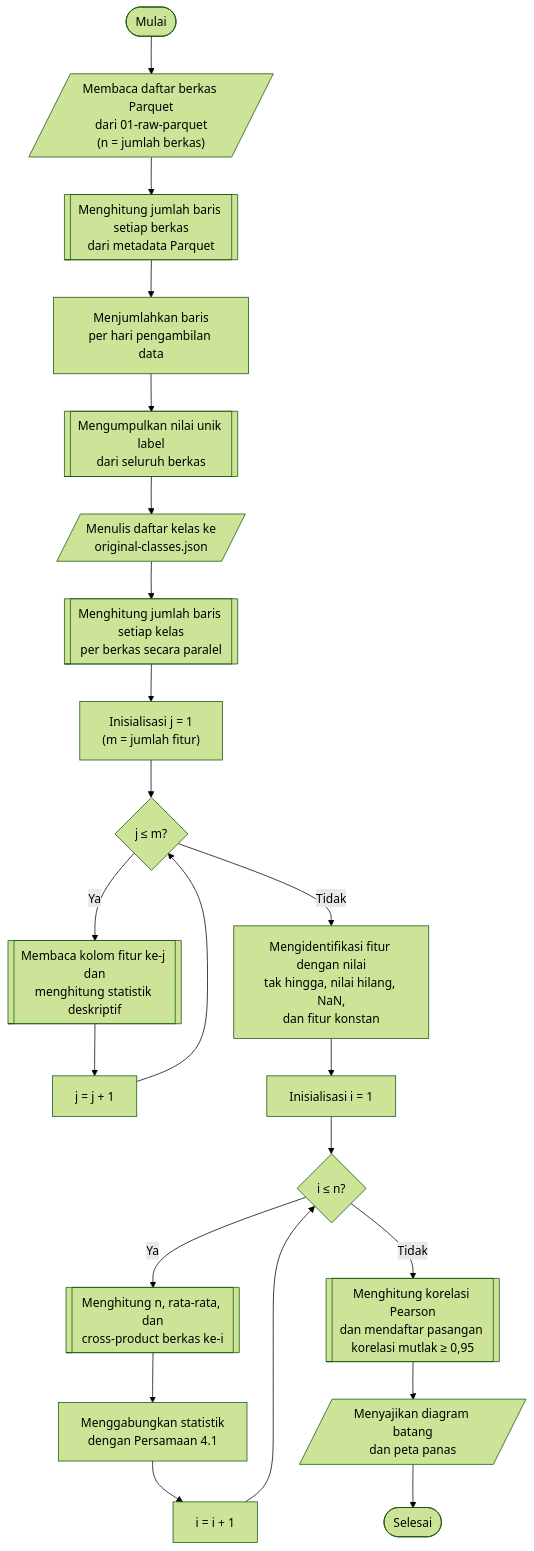
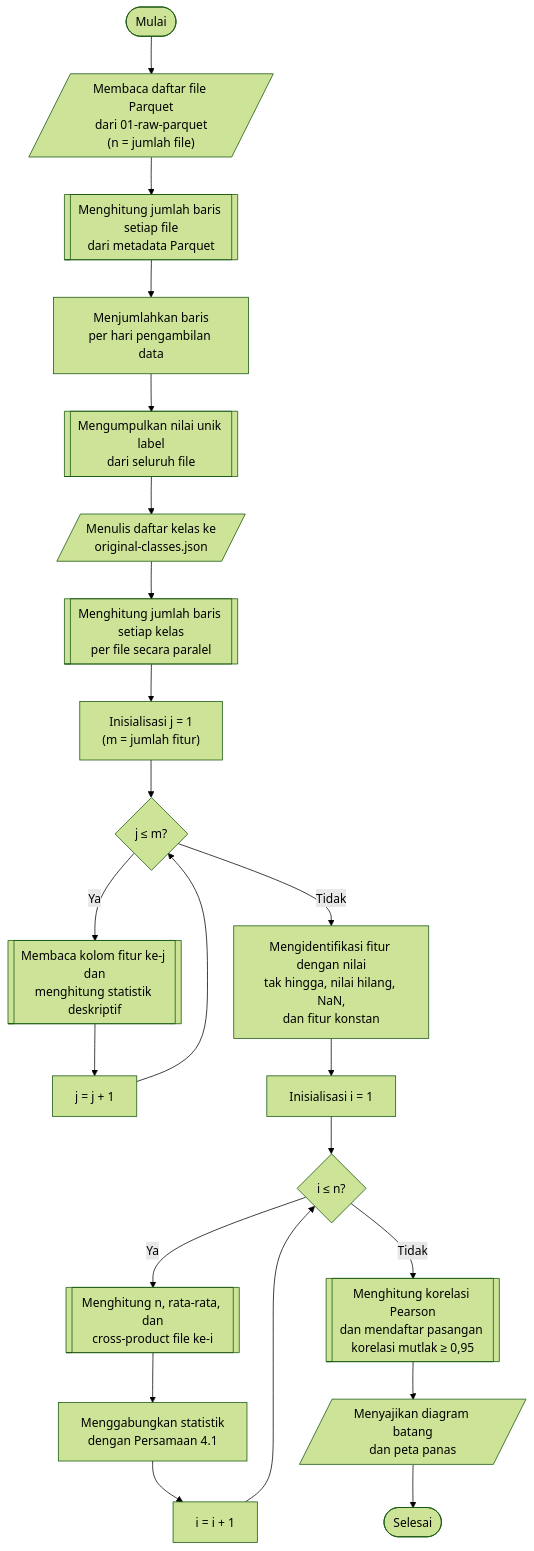
One commit to JoxNeis/mlids-robustness changed the diagram in thesis/04_bab_04/02_analisis_data_eksploratif.md. Above: the diagram before and after it, drawn with Mermaid (forest theme). The commit also changed other lines of this file and 27 other files, not shown here.

````diff
--- a/thesis/04_bab_04/02_analisis_data_eksploratif.md
+++ b/thesis/04_bab_04/02_analisis_data_eksploratif.md
@@ -17,28 +17,28 @@
 ```mermaid
 flowchart TD
     mulai(["Mulai"])
-    mulai --> daftar[/"Membaca daftar berkas Parquet<br>dari 01-raw-parquet<br>(n = jumlah berkas)"/]
-    daftar --> baris[["Menghitung jumlah baris setiap berkas<br>dari metadata Parquet"]]
+    mulai --> daftar[/"Membaca daftar file Parquet<br>dari 01-raw-parquet<br>(n = jumlah file)"/]
+    daftar --> baris[["Menghitung jumlah baris setiap file<br>dari metadata Parquet"]]
     baris --> per_hari["Menjumlahkan baris<br>per hari pengambilan data"]
-    per_hari --> kelas[["Mengumpulkan nilai unik label<br>dari seluruh berkas"]]
+    per_hari --> kelas[["Mengumpulkan nilai unik label<br>dari seluruh file"]]
     kelas --> simpan_kelas[/"Menulis daftar kelas ke<br>original-classes.json"/]
-    simpan_kelas --> distribusi[["Menghitung jumlah baris setiap kelas<br>per berkas secara paralel"]]
+    simpan_kelas --> distribusi[["Menghitung jumlah baris setiap kelas<br>per file secara paralel"]]
     distribusi --> init_j["Inisialisasi j = 1<br>(m = jumlah fitur)"]
     init_j --> cek_j{"j ≤ m?"}
 
     cek_j -->|"Ya"| statistik[["Membaca kolom fitur ke-j dan<br>menghitung statistik deskriptif"]]
     statistik --> inc_j["j = j + 1"]
     inc_j --> cek_j
 
     cek_j -->|"Tidak"| masalah["Mengidentifikasi fitur dengan nilai<br>tak hingga, nilai hilang, NaN,<br>dan fitur konstan"]
     masalah --> init_i["Inisialisasi i = 1"]
     init_i --> cek_i{"i ≤ n?"}
-    cek_i -->|"Ya"| kovarians[["Menghitung n, rata-rata, dan<br>cross-product berkas ke-i"]]
+    cek_i -->|"Ya"| kovarians[["Menghitung n, rata-rata, dan<br>cross-product file ke-i"]]
     kovarians --> gabung["Menggabungkan statistik<br>dengan Persamaan 4.1"]
     gabung --> inc_i["i = i + 1"]
     inc_i --> cek_i
 
     cek_i -->|"Tidak"| korelasi[["Menghitung korelasi Pearson<br>dan mendaftar pasangan korelasi mutlak ≥ 0,95"]]
     korelasi --> visual[/"Menyajikan diagram batang<br>dan peta panas"/]
     visual --> selesai(["Selesai"])
 ```
````
